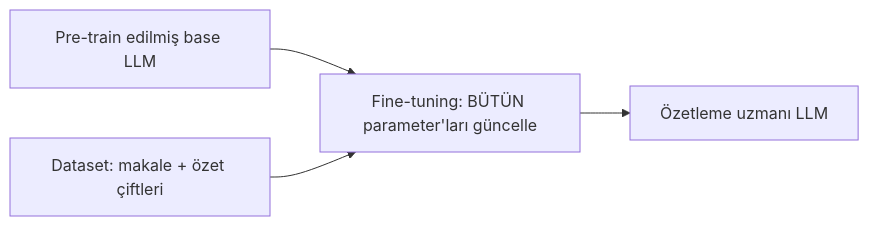
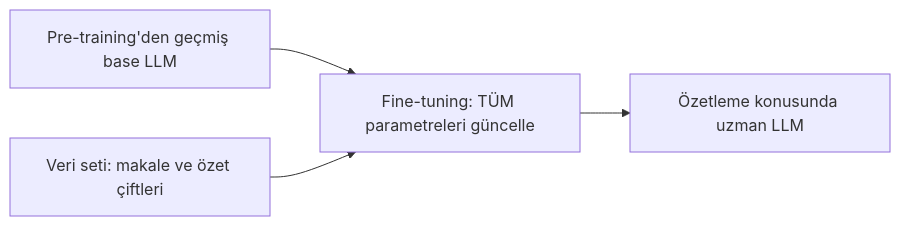
One commit to lokumai/ai-engineering-bazaar changed the second of 4 diagrams in mini-courses/1_fundamentals/training_tr.md. Above: the diagram before and after it, drawn with Mermaid. The commit also changed other lines of this file and 63 other files, not shown here.

````diff
--- a/mini-courses/1_fundamentals/training_tr.md
+++ b/mini-courses/1_fundamentals/training_tr.md
@@ -151,6 +140,6 @@
 ```mermaid
 graph LR
-    A["Pre-train edilmiş base LLM"] --> C["Fine-tuning: BÜTÜN parameter'ları güncelle"]
-    B["Dataset: makale + özet çiftleri"] --> C
-    C --> D["Özetleme uzmanı LLM"]
+    A["Pre-training'den geçmiş base LLM"] --> C["Fine-tuning: TÜM parametreleri güncelle"]
+    B["Veri seti: makale ve özet çiftleri"] --> C
+    C --> D["Özetleme konusunda uzman LLM"]
 ```
````
